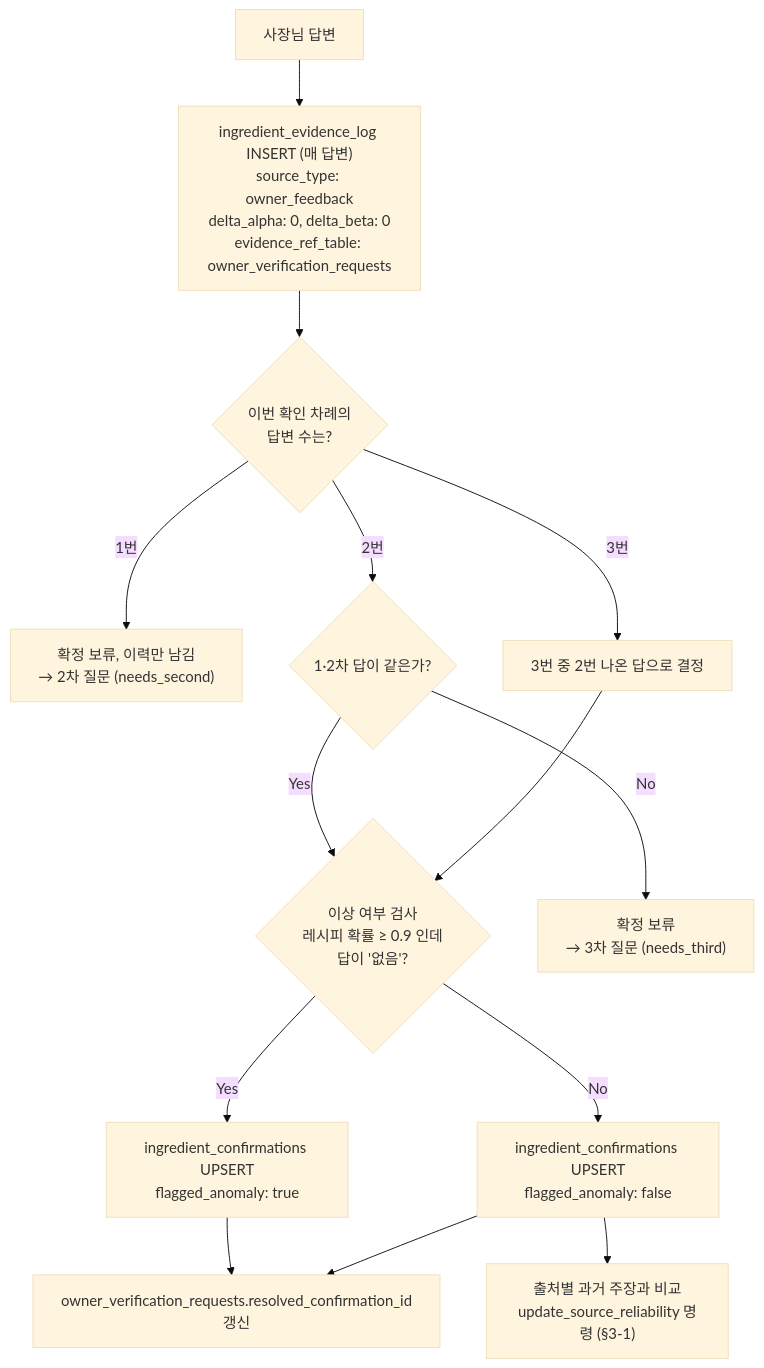
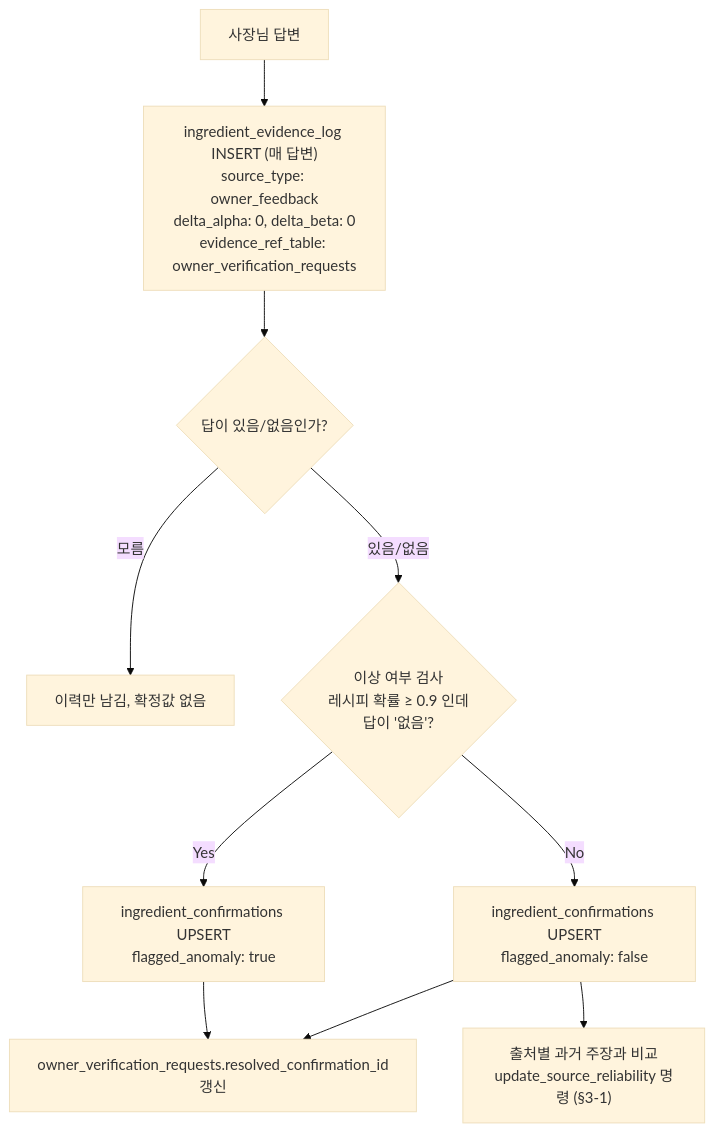
The fourth of 4 diagrams in docs/7-tool-dbupdate.md (Han-Spoon/ai), drawn with Mermaid (base theme) before and after one commit. The commit also changed other lines of this file and 4 other files, not shown here.

````diff
--- a/docs/7-tool-dbupdate.md
+++ b/docs/7-tool-dbupdate.md
@@ -190,16 +181,12 @@
 ```mermaid
 flowchart TD
     IN["사장님 답변"] --> LOG["ingredient_evidence_log INSERT (매 답변)<br/>source_type: owner_feedback<br/>delta_alpha: 0, delta_beta: 0<br/>evidence_ref_table: owner_verification_requests"]
-    LOG --> CNT{"이번 확인 차례의<br/>답변 수는?"}
-    CNT -->|1번| WAIT["확정 보류, 이력만 남김<br/>→ 2차 질문 (needs_second)"]
-    CNT -->|2번| SAME{"1·2차 답이 같은가?"}
-    SAME -->|Yes| CHECK
-    SAME -->|No| WAIT3["확정 보류<br/>→ 3차 질문 (needs_third)"]
-    CNT -->|3번| MAJ["3번 중 2번 나온 답으로 결정"]
-    MAJ --> CHECK{"이상 여부 검사<br/>레시피 확률 ≥ 0.9 인데<br/>답이 '없음'?"}
+    LOG --> KIND{"답이 있음/없음인가?"}
+    KIND -->|모름| SKIP["이력만 남김, 확정값 없음"]
+    KIND -->|있음/없음| CHECK{"이상 여부 검사<br/>레시피 확률 ≥ 0.9 인데<br/>답이 '없음'?"}
     CHECK -->|Yes| FLAG["ingredient_confirmations UPSERT<br/>flagged_anomaly: true"]
     CHECK -->|No| NORMAL["ingredient_confirmations UPSERT<br/>flagged_anomaly: false"]
     FLAG --> LINK["owner_verification_requests.resolved_confirmation_id<br/>갱신"]
     NORMAL --> LINK
     NORMAL --> REL["출처별 과거 주장과 비교<br/>update_source_reliability 명령 (§3-1)"]
 ```
````
